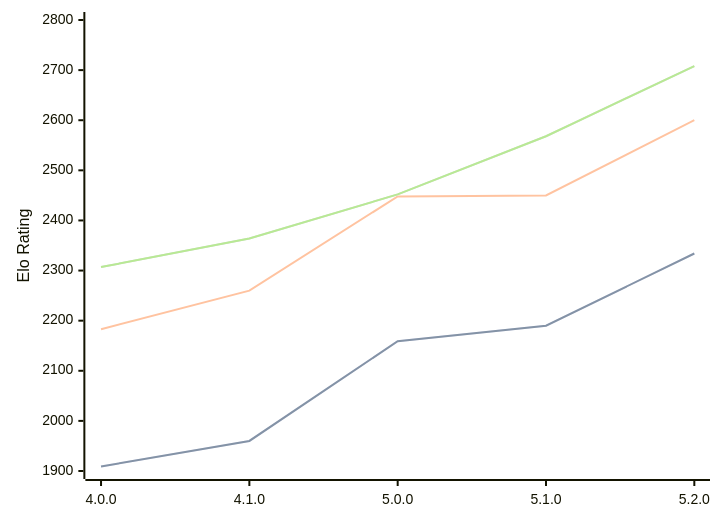
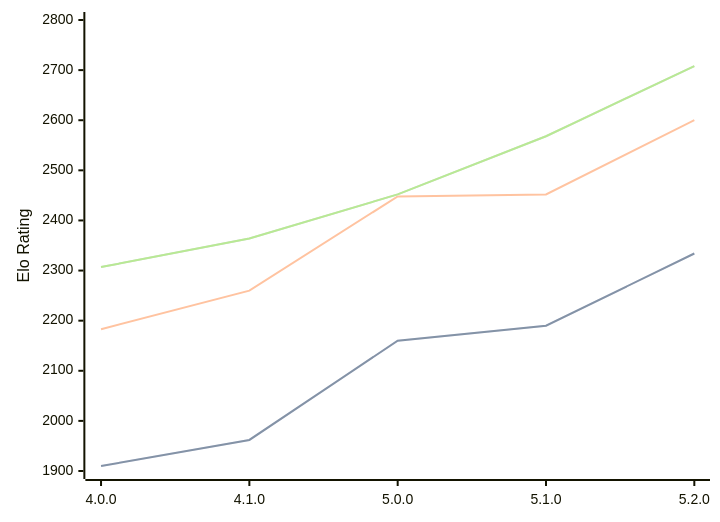
Before and after one commit to computer-chess-index/cci: the diagram in engines/Aconcagua.md, drawn with Mermaid. The commit also changed other lines of this file, not shown here.

````diff
--- a/engines/Aconcagua.md
+++ b/engines/Aconcagua.md
@@ -35,11 +35,11 @@
 ```mermaid
 %%{init: {"theme":"base","themeVariables":{"seriesColors:['#a3a3a3','#222221','#faa371']}}}%%
 xychart-beta
   x-axis ["4.0.0", "4.1.0", "5.0.0", "5.1.0", "5.2.0"]
   y-axis "Elo Rating" 1900 --> 2800
-  line "" [1909, 1960, 2159, 2190, 2334]
-  line "STC (8.0+0.08s)" [1909, 1960, 2159, 2190, 2334]
-  line "LTC (60.0+0.60s)" [2183, 2260, 2448, 2450, 2600]
+  line "" [1910, 1962, 2160, 2190, 2334]
+  line "STC (8.0+0.08s)" [1910, 1962, 2160, 2190, 2334]
+  line "LTC (60.0+0.60s)" [2183, 2260, 2448, 2452, 2600]
   line "" [2307, 2364, 2452, 2568, 2708]
   line "VLTC (2m24s+1.12s)" [2307, 2364, 2452, 2568, 2708]
 ```
````
